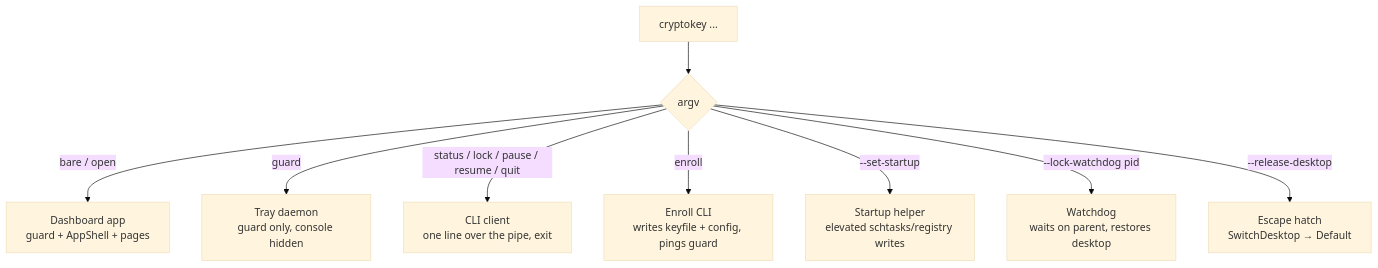
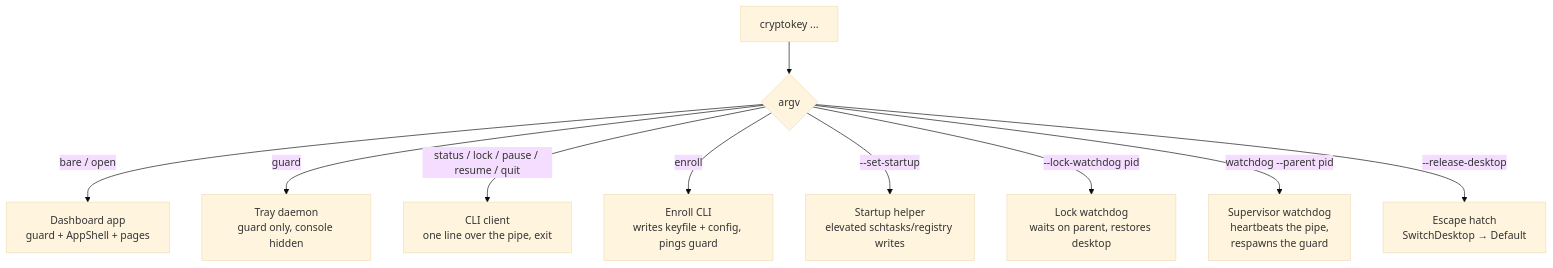
One commit to Alby2007/CryptoKey changed the first of 2 diagrams in docs/architecture.md. Above: the diagram before and after it, drawn with Mermaid (base theme). The commit also changed other lines of this file and 15 other files, not shown here.

First line of the commit message:
Add mutual watchdog — persistent guard supervisor

````diff
--- a/docs/architecture.md
+++ b/docs/architecture.md
@@ -8,11 +8,12 @@
 ```mermaid
 flowchart TD
     A[cryptokey ...] --> B{argv}
     B -->|"bare / open"| GUI["Dashboard app<br/>guard + AppShell + pages"]
     B -->|"guard"| GRD["Tray daemon<br/>guard only, console hidden"]
     B -->|"status / lock / pause / resume / quit"| CLI["CLI client<br/>one line over the pipe, exit"]
     B -->|"enroll"| ENR["Enroll CLI<br/>writes keyfile + config, pings guard"]
     B -->|"--set-startup"| SUH["Startup helper<br/>elevated schtasks/registry writes"]
-    B -->|"--lock-watchdog pid"| WD["Watchdog<br/>waits on parent, restores desktop"]
+    B -->|"--lock-watchdog pid"| WD["Lock watchdog<br/>waits on parent, restores desktop"]
+    B -->|"watchdog --parent pid"| PWD["Supervisor watchdog<br/>heartbeats the pipe,<br/>respawns the guard"]
     B -->|"--release-desktop"| RD["Escape hatch<br/>SwitchDesktop → Default"]
 ```
````
